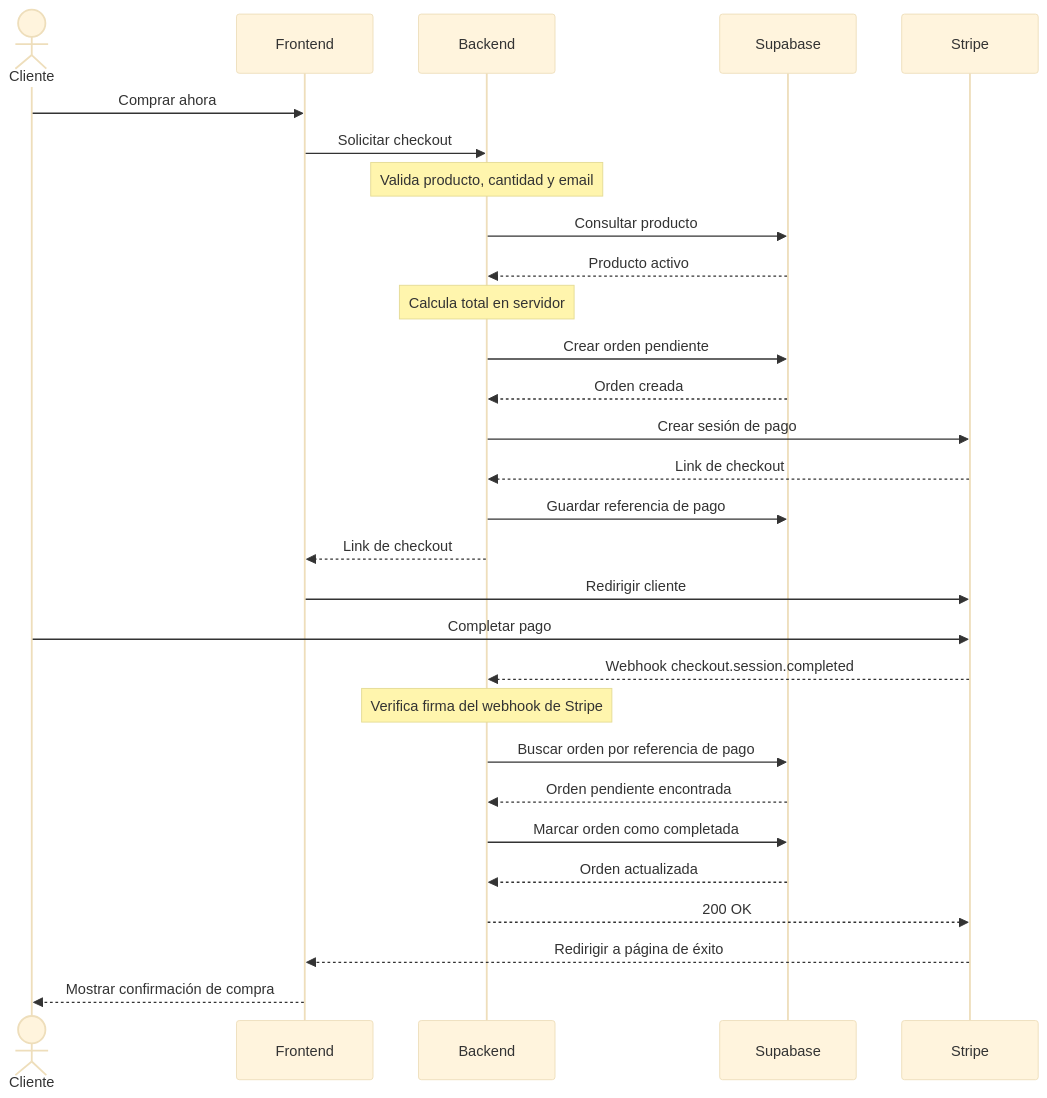
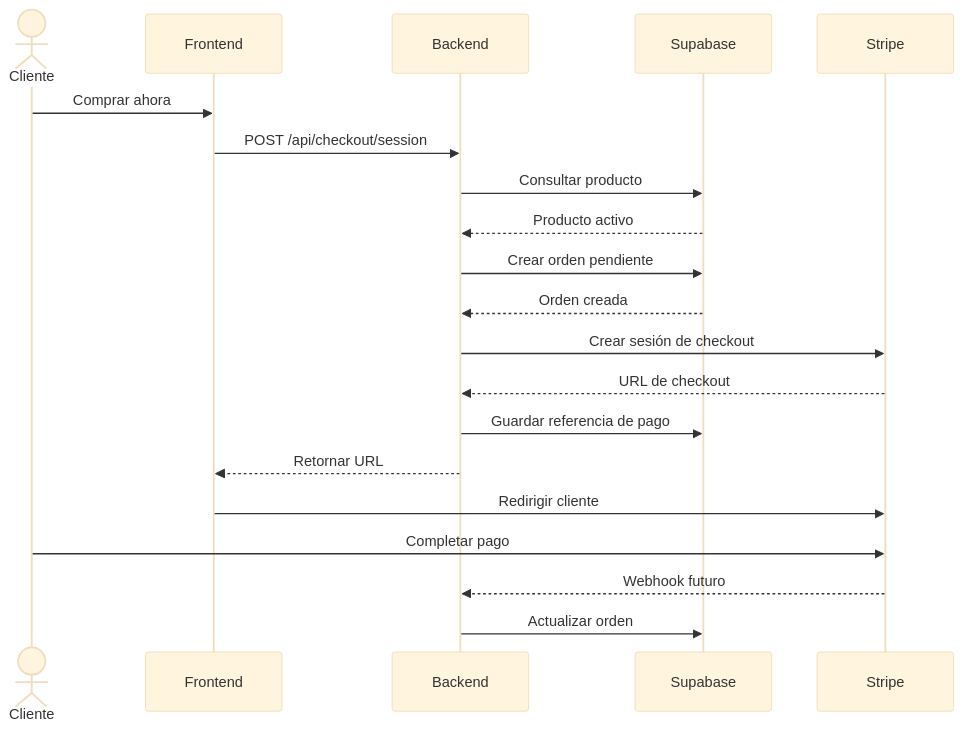
The third of 3 diagrams in README.md (ja23cardona1406/prueba-tecnica), drawn with Mermaid (base theme) before and after one commit. The commit also changed other lines of this file, not shown here.

````diff
--- a/README.md
+++ b/README.md
@@ -293,45 +869,29 @@
 ```mermaid
 sequenceDiagram
     actor Cliente
     participant Web as Frontend
     participant API as Backend
     participant DB as Supabase
     participant Pago as Stripe
 
     Cliente->>Web: Comprar ahora
-    Web->>API: Solicitar checkout
-
-    Note over API: Valida producto, cantidad y email
+    Web->>API: POST /api/checkout/session
 
     API->>DB: Consultar producto
     DB-->>API: Producto activo
 
-    Note over API: Calcula total en servidor
-
     API->>DB: Crear orden pendiente
     DB-->>API: Orden creada
 
-    API->>Pago: Crear sesión de pago
-    Pago-->>API: Link de checkout
+    API->>Pago: Crear sesión de checkout
+    Pago-->>API: URL de checkout
 
     API->>DB: Guardar referencia de pago
-    API-->>Web: Link de checkout
+    API-->>Web: Retornar URL
 
     Web->>Pago: Redirigir cliente
+
     Cliente->>Pago: Completar pago
-
-    Pago-->>API: Webhook checkout.session.completed
-
-    Note over API: Verifica firma del webhook de Stripe
-
-    API->>DB: Buscar orden por referencia de pago
-    DB-->>API: Orden pendiente encontrada
-
-    API->>DB: Marcar orden como completada
-    DB-->>API: Orden actualizada
-
-    API-->>Pago: 200 OK
-
-    Pago-->>Web: Redirigir a página de éxito
-    Web-->>Cliente: Mostrar confirmación de compra
+    Pago-->>API: Webhook futuro
+    API->>DB: Actualizar orden
 ```
````
